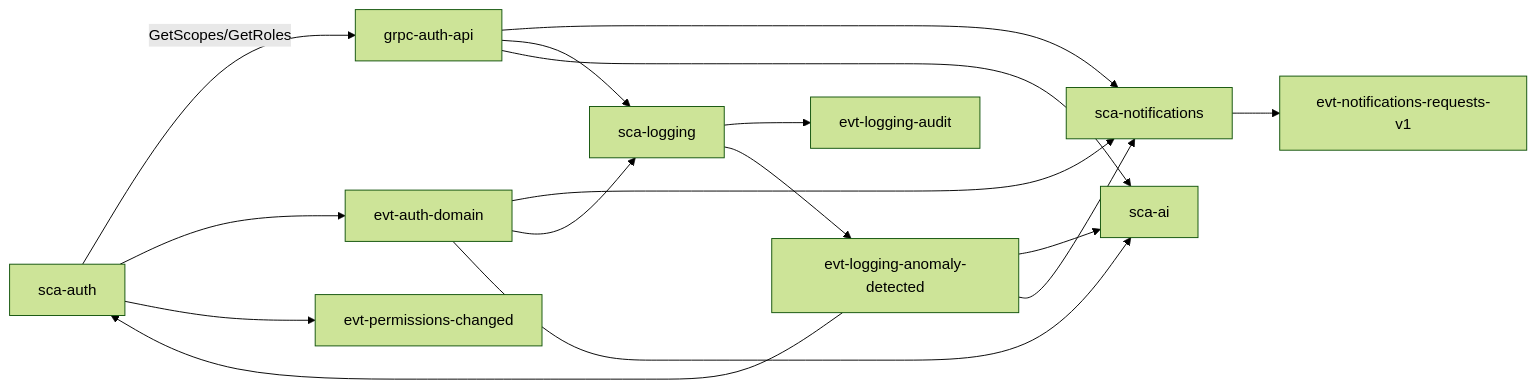
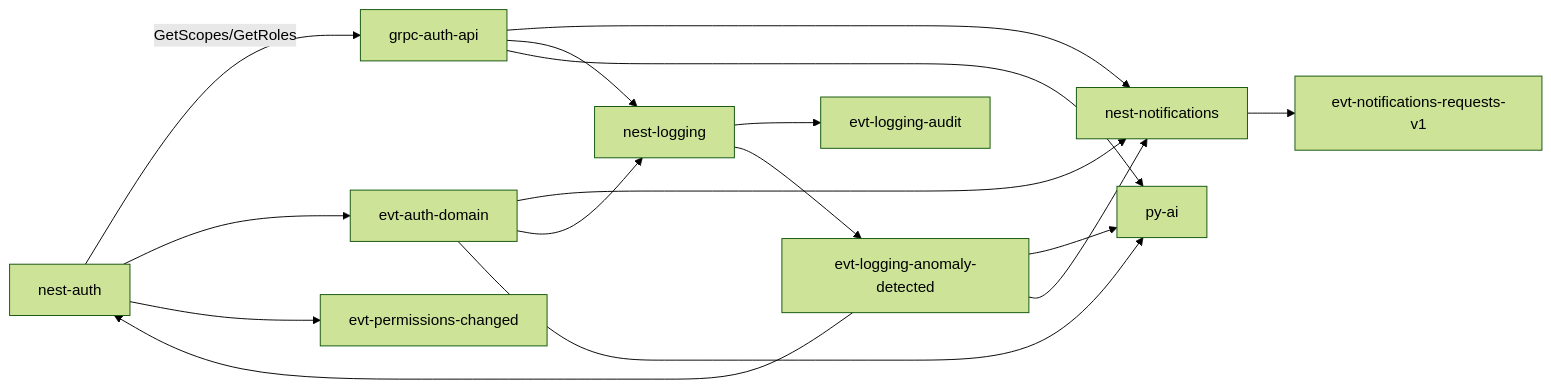
Before and after one commit to sca-templates/sca-docs: the diagram in 03-connections-map/connection-map.md, drawn with Mermaid (forest theme). The commit also changed other lines of this file and 20 other files, not shown here.

First line of the commit message:
docs(config): rename sca-* services to nest-*/py-* naming

````diff
--- a/03-connections-map/connection-map.md
+++ b/03-connections-map/connection-map.md
@@ -15,25 +15,25 @@
 ```mermaid
 graph LR
-  AUTH[sca-auth]
-  NOTIF[sca-notifications]
-  LOGG[sca-logging]
-  AI[sca-ai]
+  AUTH[nest-auth]
+  NOTIF[nest-notifications]
+  LOGG[nest-logging]
+  AI[py-ai]
 
   AUTH -- GetScopes/GetRoles --> API[grpc-auth-api]
   API --> NOTIF
   API --> LOGG
   API --> AI
 
   AUTH --> AUTH_EV[evt-auth-domain]
   AUTH --> PERM[evt-permissions-changed]
   AUTH_EV --> NOTIF
   AUTH_EV --> LOGG
   AUTH_EV --> AI
 
   NOTIF --> REQ[evt-notifications-requests-v1]
   LOGG --> AUD[evt-logging-audit]
   LOGG --> ANOM[evt-logging-anomaly-detected]
   ANOM --> AI
   ANOM --> NOTIF
   ANOM --> AUTH
 ```
````
